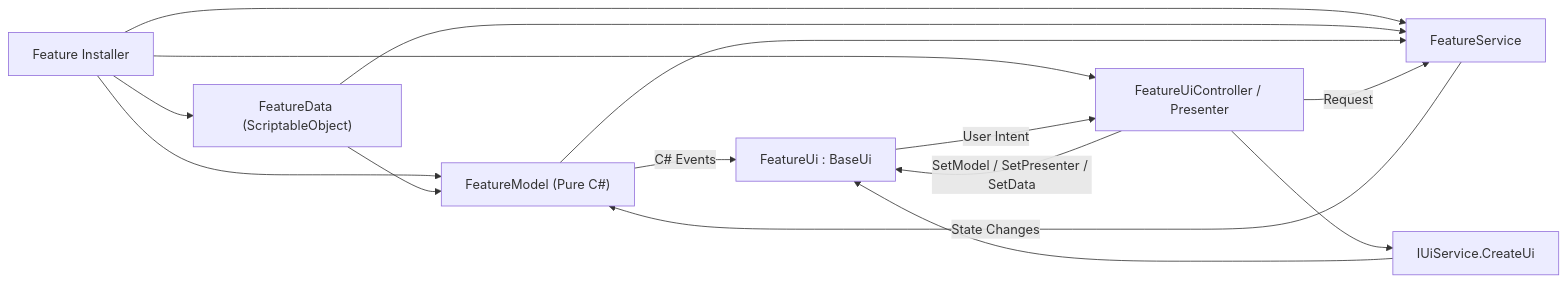
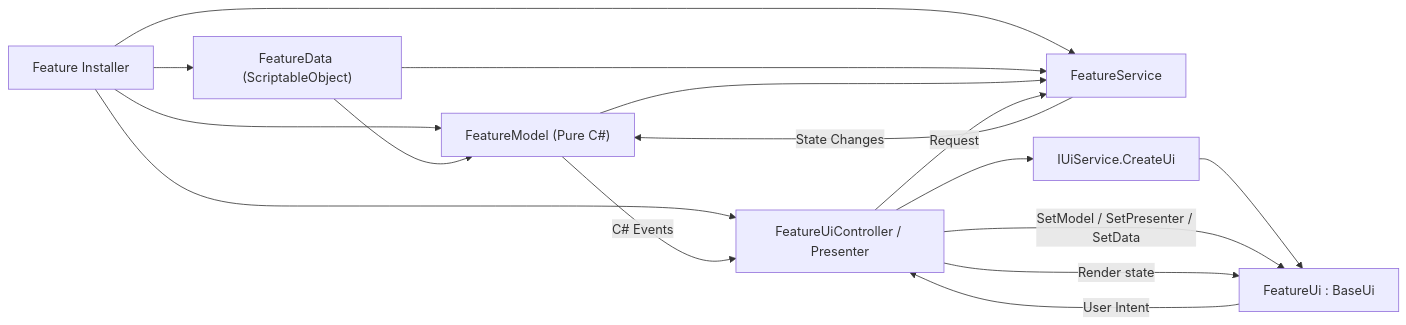
One commit to GolinSky/empire-at-war changed the diagram in README.md. Above: the diagram before and after it, drawn with Mermaid. The commit also changed other lines of this file and 211 other files, not shown here.

````diff
--- a/README.md
+++ b/README.md
@@ -25,17 +27,18 @@
 ```mermaid
 flowchart LR
     Installer["Feature Installer"] --> Data["FeatureData (ScriptableObject)"]
     Installer --> Model["FeatureModel (Pure C#)"]
     Installer --> Service["FeatureService"]
     Installer --> Presenter["FeatureUiController / Presenter"]
     Data --> Model
     Data --> Service
     Model --> Service
     Presenter --> UiService["IUiService.CreateUi"]
     UiService --> View["FeatureUi : BaseUi"]
     Presenter -->|"SetModel / SetPresenter / SetData"| View
     View -->|"User Intent"| Presenter
     Presenter -->|"Request"| Service
     Service -->|"State Changes"| Model
-    Model -->|"C# Events"| View
+    Model -->|"C# Events"| Presenter
+    Presenter -->|"Render state"| View
 ```
````
